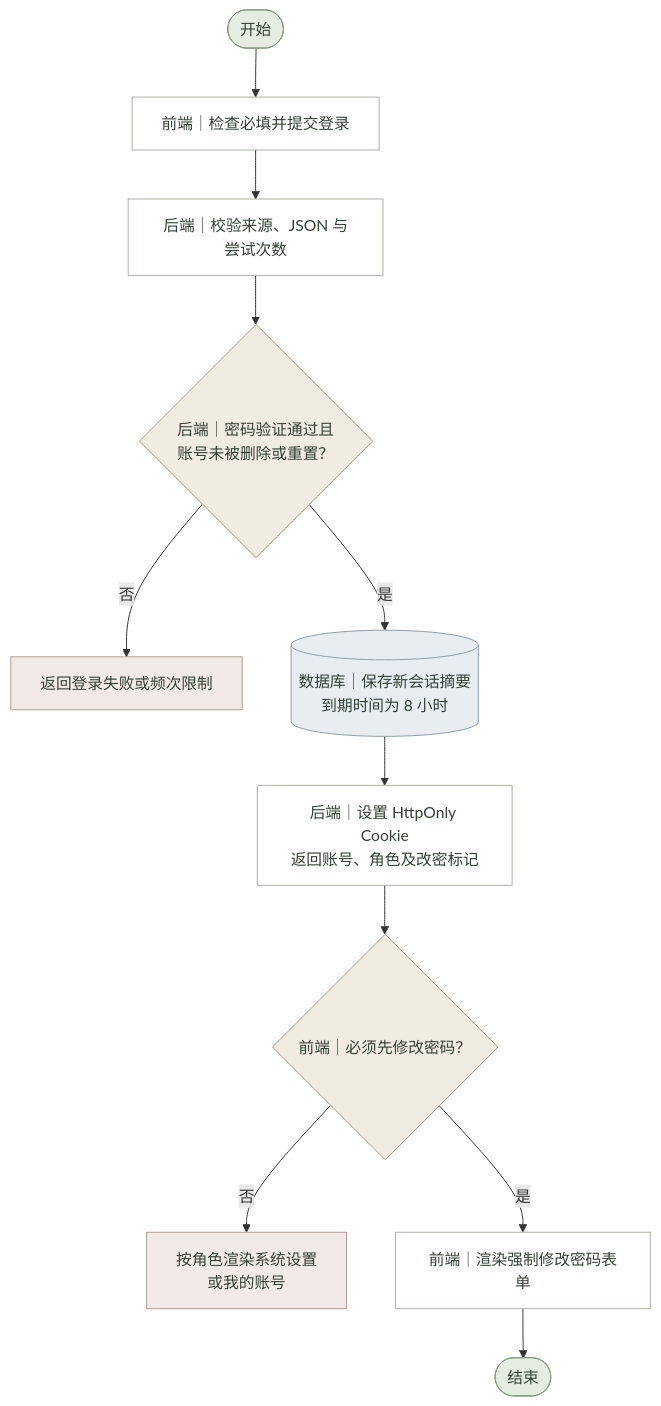
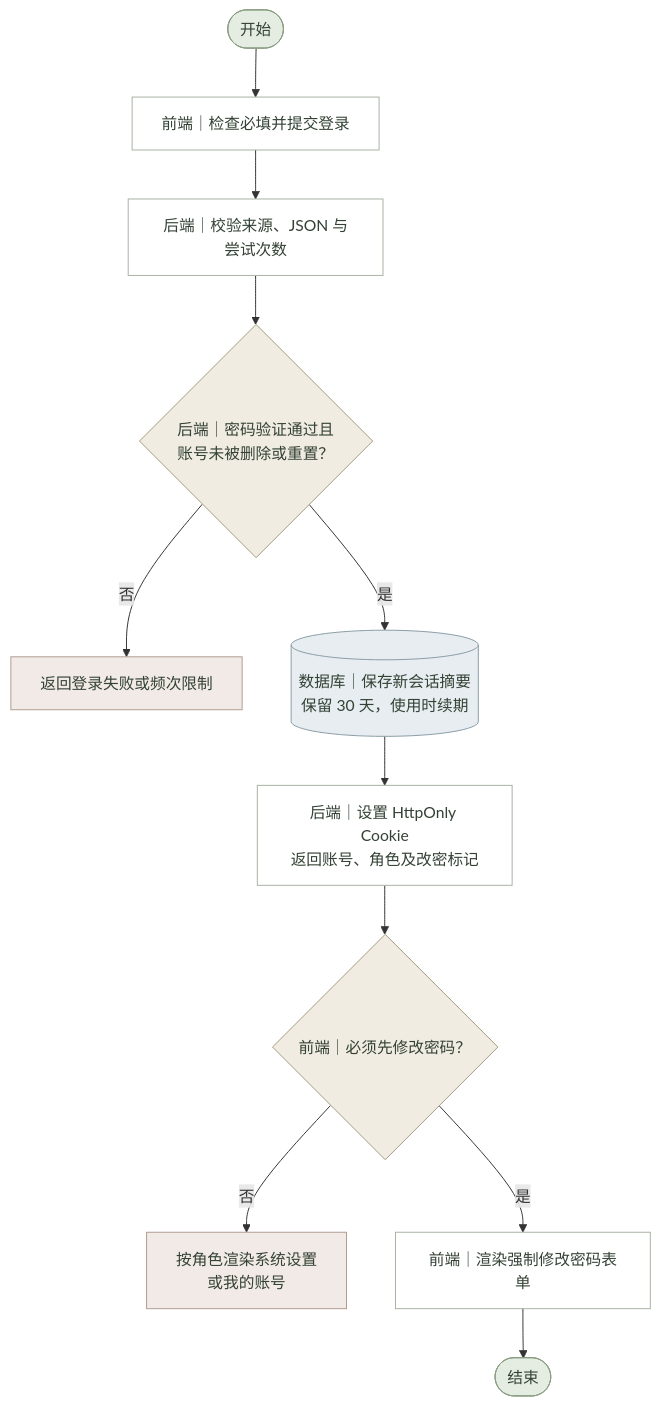
The diagram in 需求文档/流程图源文件/系统流程图/登录.mmd (lichen-lc123/class-assistant), drawn with Mermaid before and after one commit. The commit also changed 68 other files, not shown here.

```diff
--- a/需求文档/流程图源文件/系统流程图/登录.mmd
+++ b/需求文档/流程图源文件/系统流程图/登录.mmd
@@ -1,39 +1,39 @@
 %% 登录 · 系统流程图 · V1.0 · 2026-11-02
 flowchart TD
     N0(["开始"])
     N1["前端｜检查必填并提交登录"]
     N2["后端｜校验来源、JSON 与尝试次数"]
     N3{"后端｜密码验证通过且<br/>账号未被删除或重置？"}
     B3["返回登录失败或频次限制"]
-    N4[("数据库｜保存新会话摘要<br/>到期时间为 8 小时")]
+    N4[("数据库｜保存新会话摘要<br/>保留 30 天，使用时续期")]
     N5["后端｜设置 HttpOnly Cookie<br/>返回账号、角色及改密标记"]
     N6{"前端｜必须先修改密码？"}
     B6["按角色渲染系统设置<br/>或我的账号"]
     N7["前端｜渲染强制修改密码表单"]
     N8(["结束"])
     N0 --> N1
     N1 --> N2
     N2 --> N3
     N3 -->|否| B3
     N3 -->|是| N4
     N4 --> N5
     N5 --> N6
     N6 -->|否| B6
     N6 -->|是| N7
     N7 --> N8
     classDef normal fill:#FFFFFF,stroke:#A8B2A2,color:#344235;
     classDef decision fill:#F0ECE2,stroke:#A69B83,color:#344235;
     classDef terminal fill:#E5ECE2,stroke:#8A9D82,color:#344235;
     classDef exception fill:#F2EAE6,stroke:#B09B91,color:#344235;
     classDef database fill:#E7EDF0,stroke:#8A9CA6,color:#344235;
     class N0 terminal;
     class N1 normal;
     class N2 normal;
     class N3 decision;
     class B3 exception;
     class N4 database;
     class N5 normal;
     class N6 decision;
     class B6 exception;
     class N7 normal;
     class N8 terminal;
```
